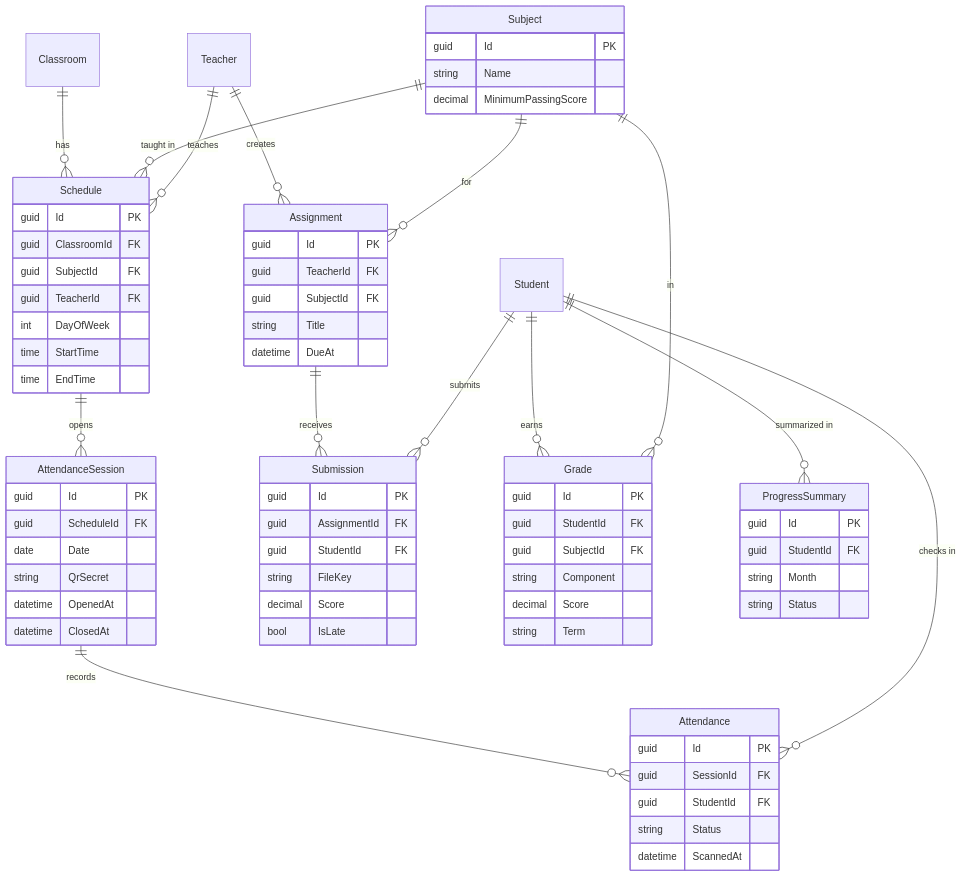
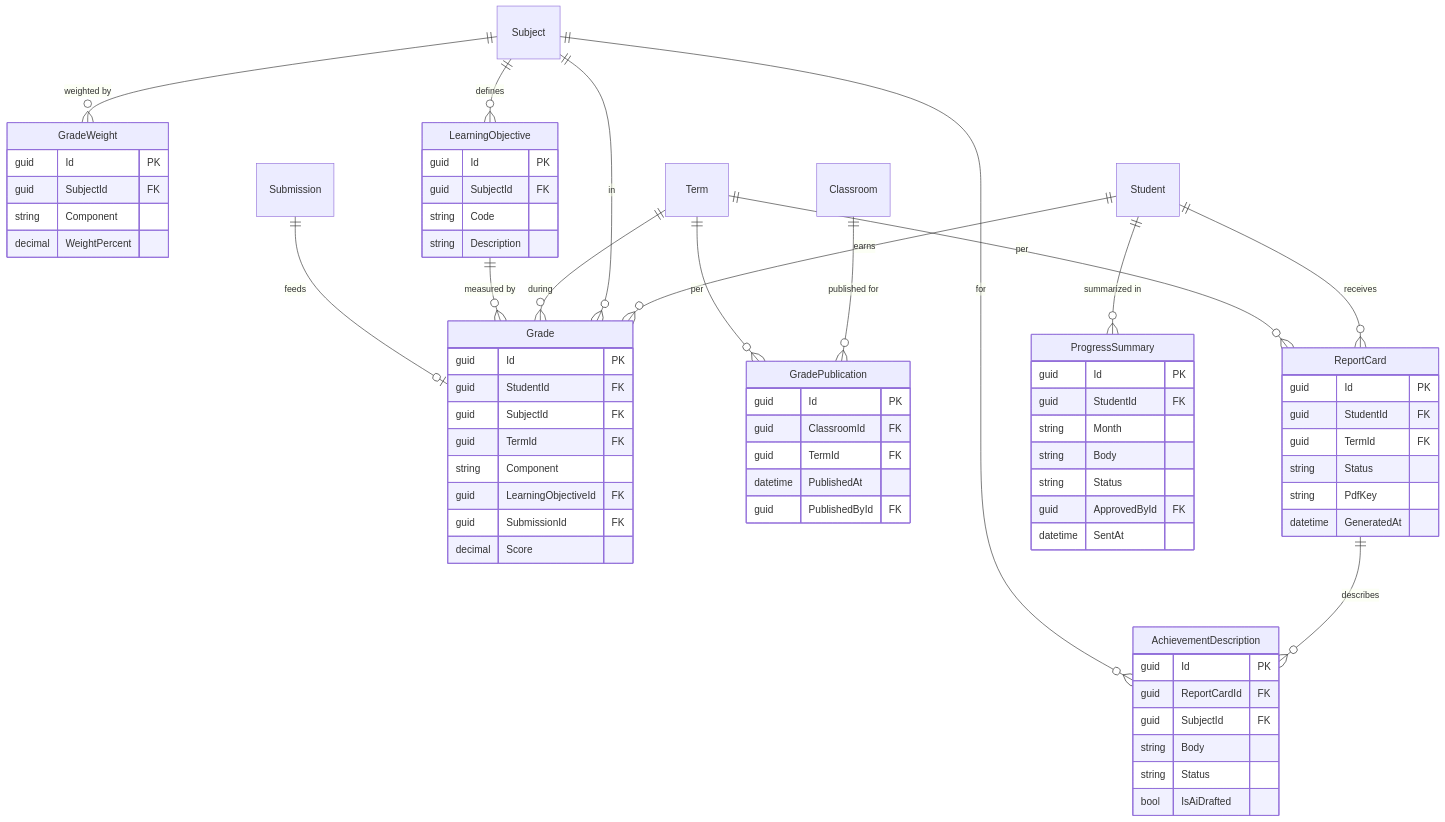
One commit to ridhwanhabib18/schomans changed the fifth of 9 diagrams in docs/en/system-design.md. Above: the diagram before and after it, drawn with Mermaid. The commit also changed other lines of this file and 9 other files, not shown here.

````diff
--- a/docs/en/system-design.md
+++ b/docs/en/system-design.md
@@ -168,76 +310,73 @@
 ```mermaid
-%% Source: diagrams/erd.mmd (attendance, assignments & grading)
+%% Source: diagrams/erd.mmd (grading & report cards)
 erDiagram
-  Classroom ||--o{ Schedule : "has"
-  Subject ||--o{ Schedule : "taught in"
-  Teacher ||--o{ Schedule : "teaches"
-  Schedule ||--o{ AttendanceSession : "opens"
-  AttendanceSession ||--o{ Attendance : "records"
-  Student ||--o{ Attendance : "checks in"
-  Teacher ||--o{ Assignment : "creates"
-  Subject ||--o{ Assignment : "for"
-  Assignment ||--o{ Submission : "receives"
-  Student ||--o{ Submission : "submits"
+  Subject ||--o{ GradeWeight : "weighted by"
+  Subject ||--o{ LearningObjective : "defines"
   Student ||--o{ Grade : "earns"
   Subject ||--o{ Grade : "in"
+  Term ||--o{ Grade : "during"
+  LearningObjective ||--o{ Grade : "measured by"
+  Submission ||--o| Grade : "feeds"
+  Classroom ||--o{ GradePublication : "published for"
+  Term ||--o{ GradePublication : "per"
+  Student ||--o{ ReportCard : "receives"
+  Term ||--o{ ReportCard : "per"
+  ReportCard ||--o{ AchievementDescription : "describes"
+  Subject ||--o{ AchievementDescription : "for"
   Student ||--o{ ProgressSummary : "summarized in"
 
-  Subject {
+  GradeWeight {
     guid Id PK
-    string Name
-    decimal MinimumPassingScore
+    guid SubjectId FK
+    string Component
+    decimal WeightPercent
   }
-  Schedule {
+  LearningObjective {
     guid Id PK
-    guid ClassroomId FK
     guid SubjectId FK
-    guid TeacherId FK
-    int DayOfWeek
-    time StartTime
-    time EndTime
-  }
-  AttendanceSession {
-    guid Id PK
-    guid ScheduleId FK
-    date Date
-    string QrSecret
-    datetime OpenedAt
-    datetime ClosedAt
-  }
-  Attendance {
-    guid Id PK
-    guid SessionId FK
-    guid StudentId FK
-    string Status
-    datetime ScannedAt
-  }
-  Assignment {
-    guid Id PK
-    guid TeacherId FK
-    guid SubjectId FK
-    string Title
-    datetime DueAt
-  }
-  Submission {
-    guid Id PK
-    guid AssignmentId FK
-    guid StudentId FK
-    string FileKey
-    decimal Score
-    bool IsLate
+    string Code
+    string Description
   }
   Grade {
     guid Id PK
     guid StudentId FK
     guid SubjectId FK
+    guid TermId FK
     string Component
+    guid LearningObjectiveId FK
+    guid SubmissionId FK
     decimal Score
-    string Term
+  }
+  GradePublication {
+    guid Id PK
+    guid ClassroomId FK
+    guid TermId FK
+    datetime PublishedAt
+    guid PublishedById FK
+  }
+  ReportCard {
+    guid Id PK
+    guid StudentId FK
+    guid TermId FK
+    string Status
+    string PdfKey
+    datetime GeneratedAt
+  }
+  AchievementDescription {
+    guid Id PK
+    guid ReportCardId FK
+    guid SubjectId FK
+    string Body
+    string Status
+    bool IsAiDrafted
   }
   ProgressSummary {
     guid Id PK
     guid StudentId FK
     string Month
+    string Body
     string Status
+    guid ApprovedById FK
+    datetime SentAt
   }
 ```
````
